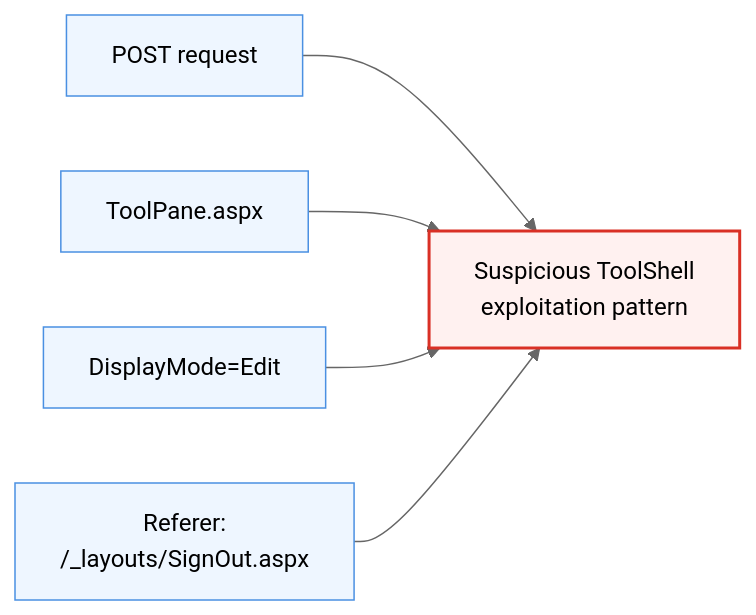
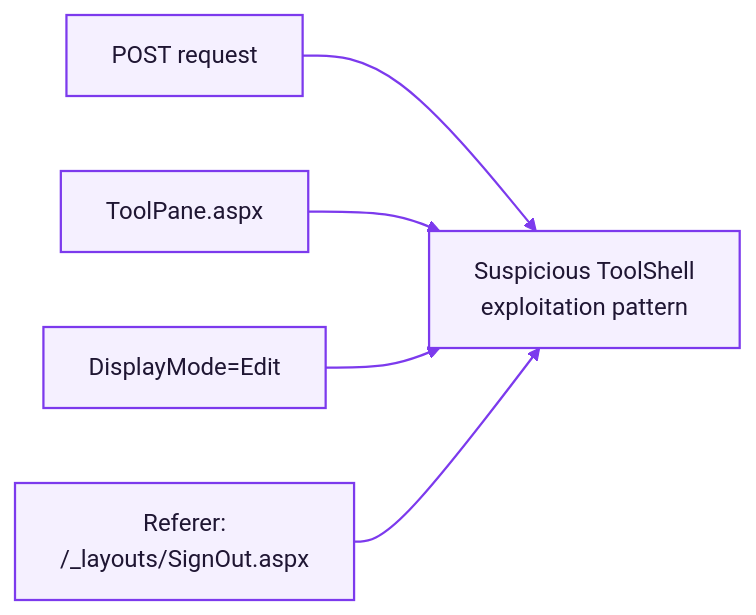
One commit to Yasserkdr1/Soc-Investigation-Writeups changed the third of 6 diagrams in writeups/SOC342-sharepoint-toolshell-rce/README.md. Above: the diagram before and after it, drawn with Mermaid (neutral theme). The commit also changed other lines of this file, not shown here.

````diff
--- a/writeups/SOC342-sharepoint-toolshell-rce/README.md
+++ b/writeups/SOC342-sharepoint-toolshell-rce/README.md
@@ -207,13 +155,10 @@
 ```mermaid
 flowchart LR
     A["POST request"] --> E["Suspicious ToolShell<br/>exploitation pattern"]
     B["ToolPane.aspx"] --> E
     C["DisplayMode=Edit"] --> E
     D["Referer:<br/>/_layouts/SignOut.aspx"] --> E
 
-    style A fill:#eef6ff,stroke:#4a90e2
-    style B fill:#eef6ff,stroke:#4a90e2
-    style C fill:#eef6ff,stroke:#4a90e2
-    style D fill:#eef6ff,stroke:#4a90e2
-    style E fill:#fff1f0,stroke:#d93025,stroke-width:2px
+    classDef default fill:#f5f0ff,stroke:#7c3aed,color:#1f1633,stroke-width:1.5px;
+    linkStyle default stroke:#7c3aed,stroke-width:1.5px;
 ```
````
